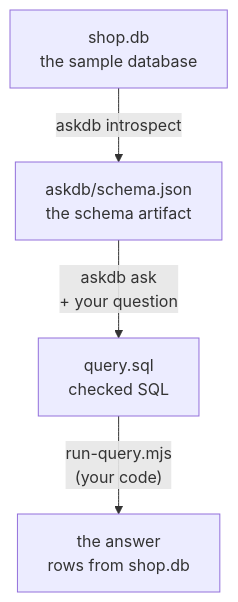
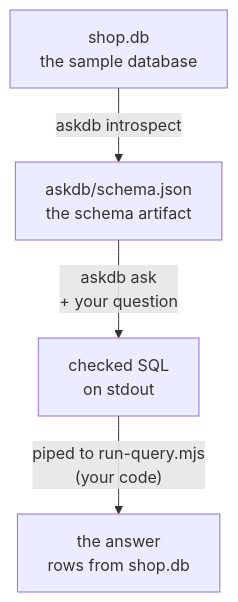
Before and after one commit to Benphemeh/AskDB: the first of 2 diagrams in apps/docs-site/src/content/docs/quickstart.mdx, drawn with Mermaid. The commit also changed other lines of this file and 2 other files, not shown here.

First line of the commit message:
docs(quickstart): explain the config, pipe ask into run-query, and show what the model receives

````diff
--- a/apps/docs-site/src/content/docs/quickstart.mdx
+++ b/apps/docs-site/src/content/docs/quickstart.mdx
@@ -14,12 +14,12 @@
 ```mermaid
 flowchart TB
   %% The files the tutorial makes, and which step makes each. AskDB reads the schema and
   %% returns SQL; the reader's own code runs it. Top to bottom, so it fits a phone.
   db["shop.db<br/>the sample database"]
   schema["askdb/schema.json<br/>the schema artifact"]
-  sql["query.sql<br/>checked SQL"]
+  sql["checked SQL<br/>on stdout"]
   rows["the answer<br/>rows from shop.db"]
   db -- "askdb introspect" --> schema
   schema -- "askdb ask<br/>+ your question" --> sql
-  sql -- "run-query.mjs<br/>(your code)" --> rows
+  sql -- "piped to run-query.mjs<br/>(your code)" --> rows
 ```
````
